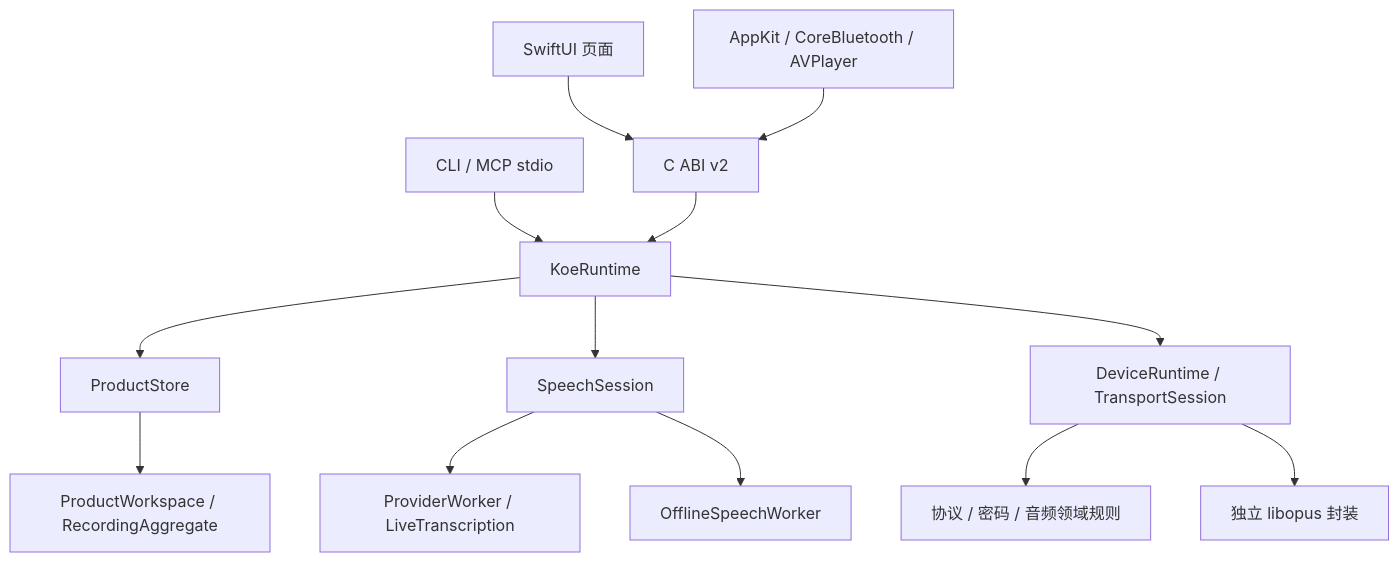
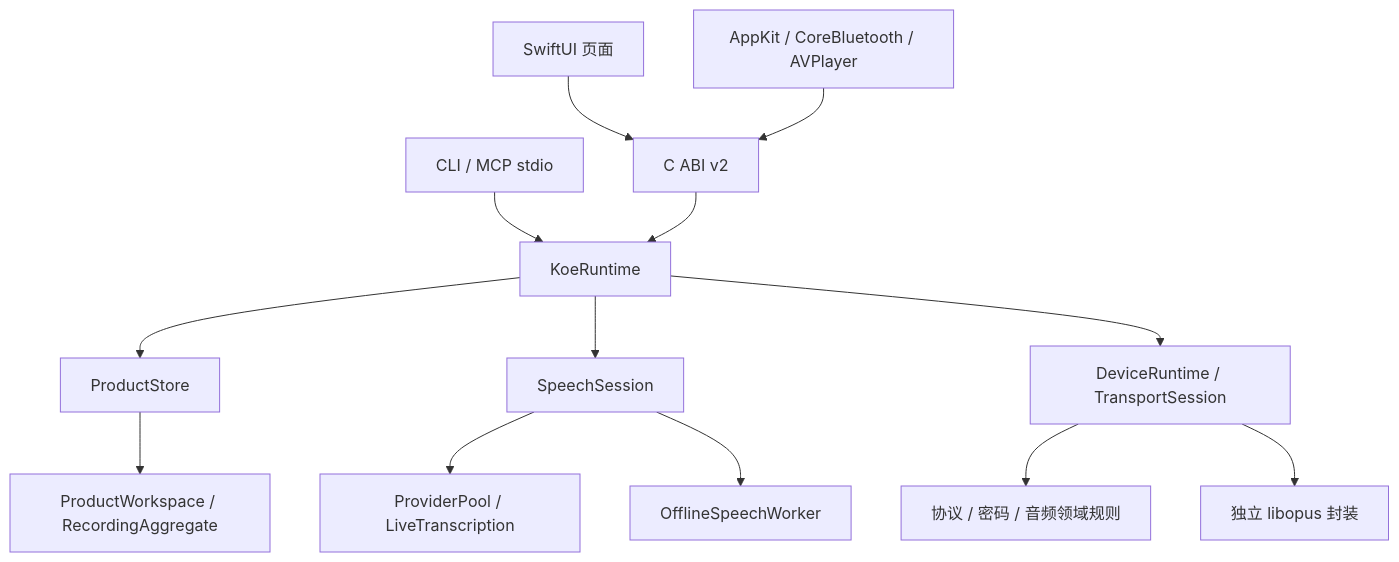
One commit to semantic-craft/koe changed the diagram in docs/ARCHITECTURE.md. Above: the diagram before and after it, drawn with Mermaid. The commit also changed 37 other files, not shown here.

````diff
--- a/docs/ARCHITECTURE.md
+++ b/docs/ARCHITECTURE.md
@@ -7,15 +7,15 @@
 ```mermaid
 flowchart TD
     UI[SwiftUI 页面] --> API[C ABI v2]
     OS[AppKit / CoreBluetooth / AVPlayer] --> API
     CLI[CLI / MCP stdio] --> Runtime[KoeRuntime]
     API --> Runtime
     Runtime --> Store[ProductStore]
     Runtime --> Speech[SpeechSession]
-    Speech --> Network[ProviderWorker / LiveTranscription]
+    Speech --> Network[ProviderPool / LiveTranscription]
     Speech --> Offline[OfflineSpeechWorker]
     Runtime --> Device[DeviceRuntime / TransportSession]
     Store --> Domain[ProductWorkspace / RecordingAggregate]
     Device --> Engine[协议 / 密码 / 音频领域规则]
     Device --> Opus[独立 libopus 封装]
 ```
````
